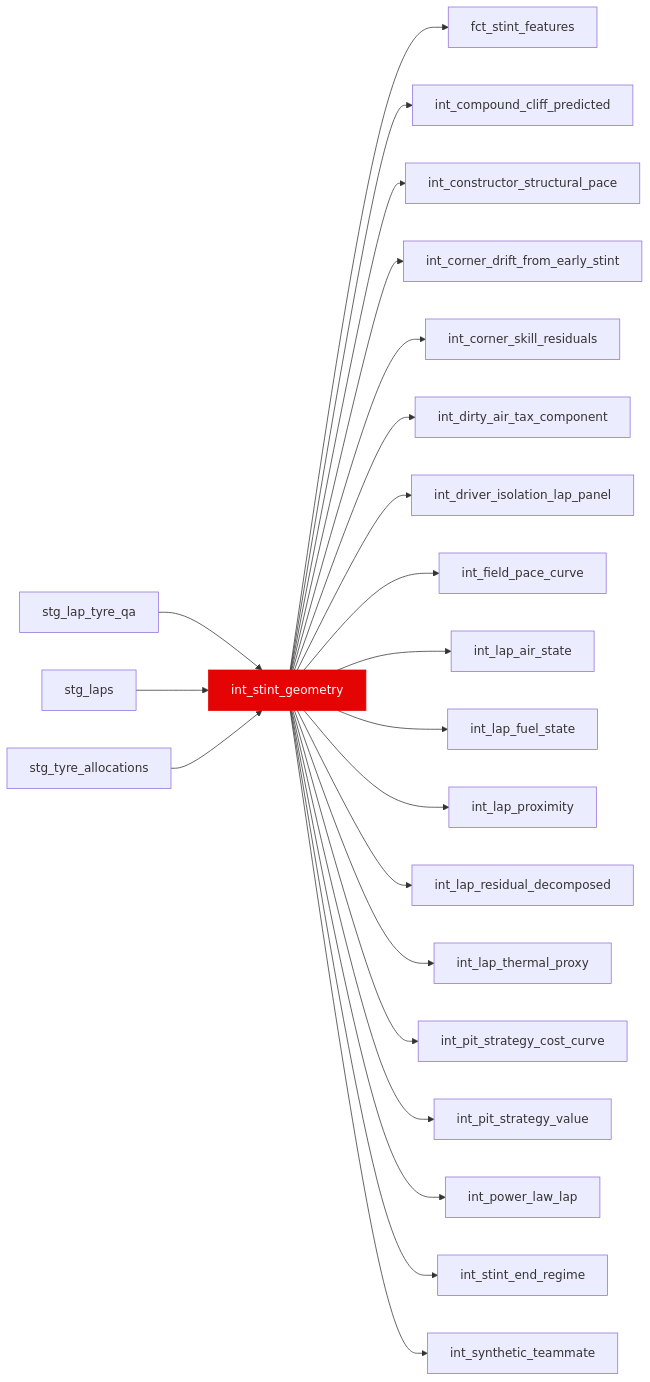
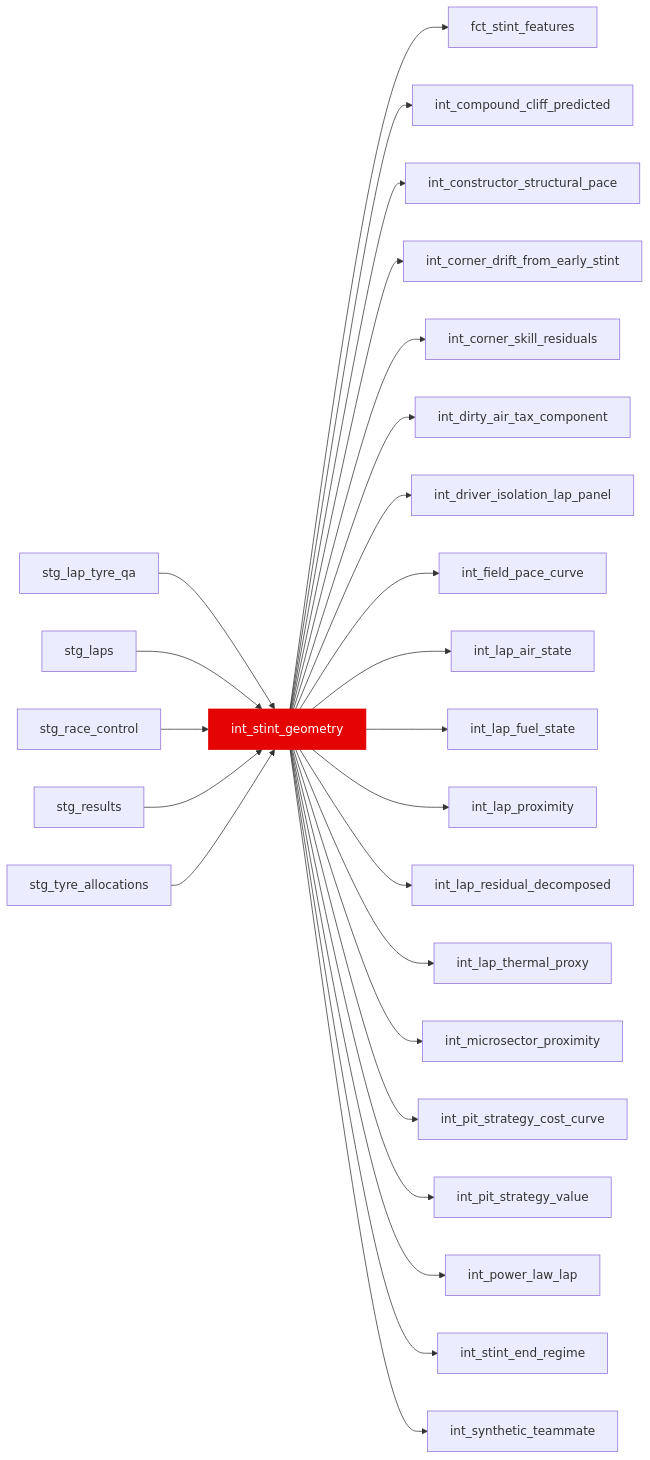
Before and after one commit to JustinClarke/off-the-pace: the diagram in docs/reference/models/int/int_stint_geometry.mdx, drawn with Mermaid. The commit also changed other lines of this file and 286 other files, not shown here.

````diff
--- a/docs/reference/models/int/int_stint_geometry.mdx
+++ b/docs/reference/models/int/int_stint_geometry.mdx
@@ -15,25 +15,28 @@
 ```mermaid
 flowchart LR
   stg_lap_tyre_qa --> int_stint_geometry
   stg_laps --> int_stint_geometry
+  stg_race_control --> int_stint_geometry
+  stg_results --> int_stint_geometry
   stg_tyre_allocations --> int_stint_geometry
   int_stint_geometry --> fct_stint_features
   int_stint_geometry --> int_compound_cliff_predicted
   int_stint_geometry --> int_constructor_structural_pace
   int_stint_geometry --> int_corner_drift_from_early_stint
   int_stint_geometry --> int_corner_skill_residuals
   int_stint_geometry --> int_dirty_air_tax_component
   int_stint_geometry --> int_driver_isolation_lap_panel
   int_stint_geometry --> int_field_pace_curve
   int_stint_geometry --> int_lap_air_state
   int_stint_geometry --> int_lap_fuel_state
   int_stint_geometry --> int_lap_proximity
   int_stint_geometry --> int_lap_residual_decomposed
   int_stint_geometry --> int_lap_thermal_proxy
+  int_stint_geometry --> int_microsector_proximity
   int_stint_geometry --> int_pit_strategy_cost_curve
   int_stint_geometry --> int_pit_strategy_value
   int_stint_geometry --> int_power_law_lap
   int_stint_geometry --> int_stint_end_regime
   int_stint_geometry --> int_synthetic_teammate
   style int_stint_geometry fill:#e40404,stroke:#e40404,color:#fff
 ```
````
